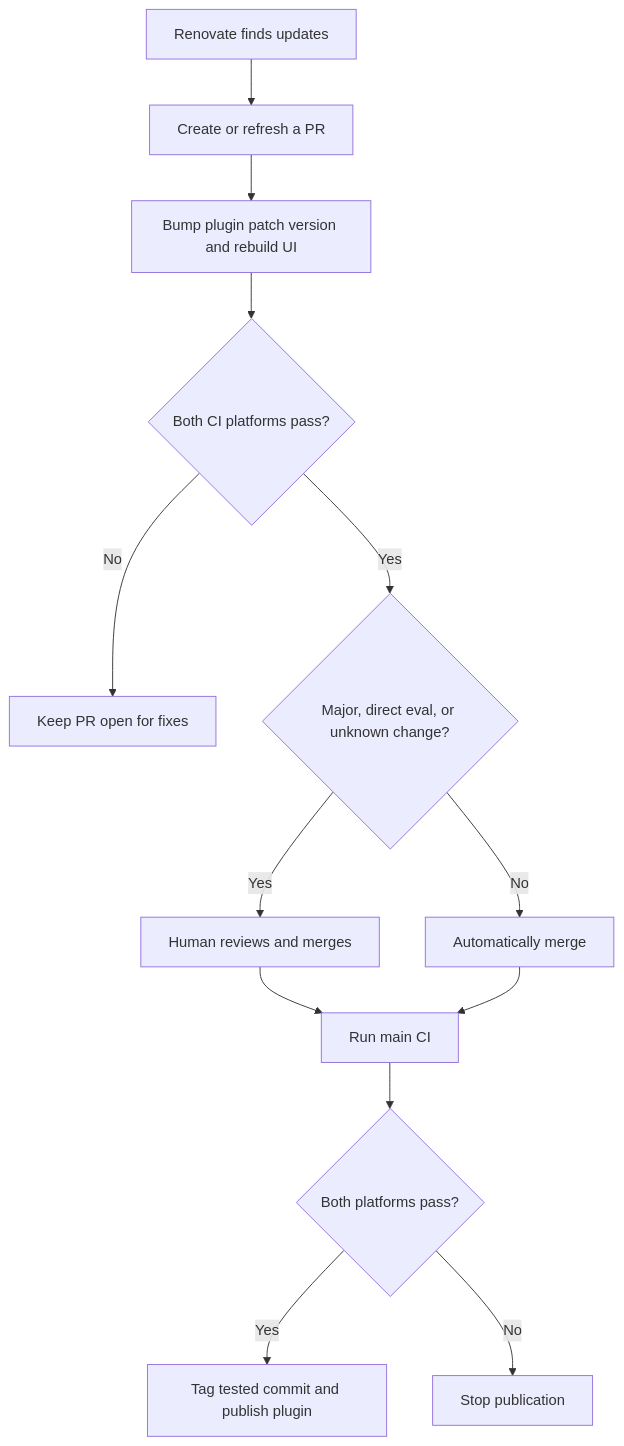
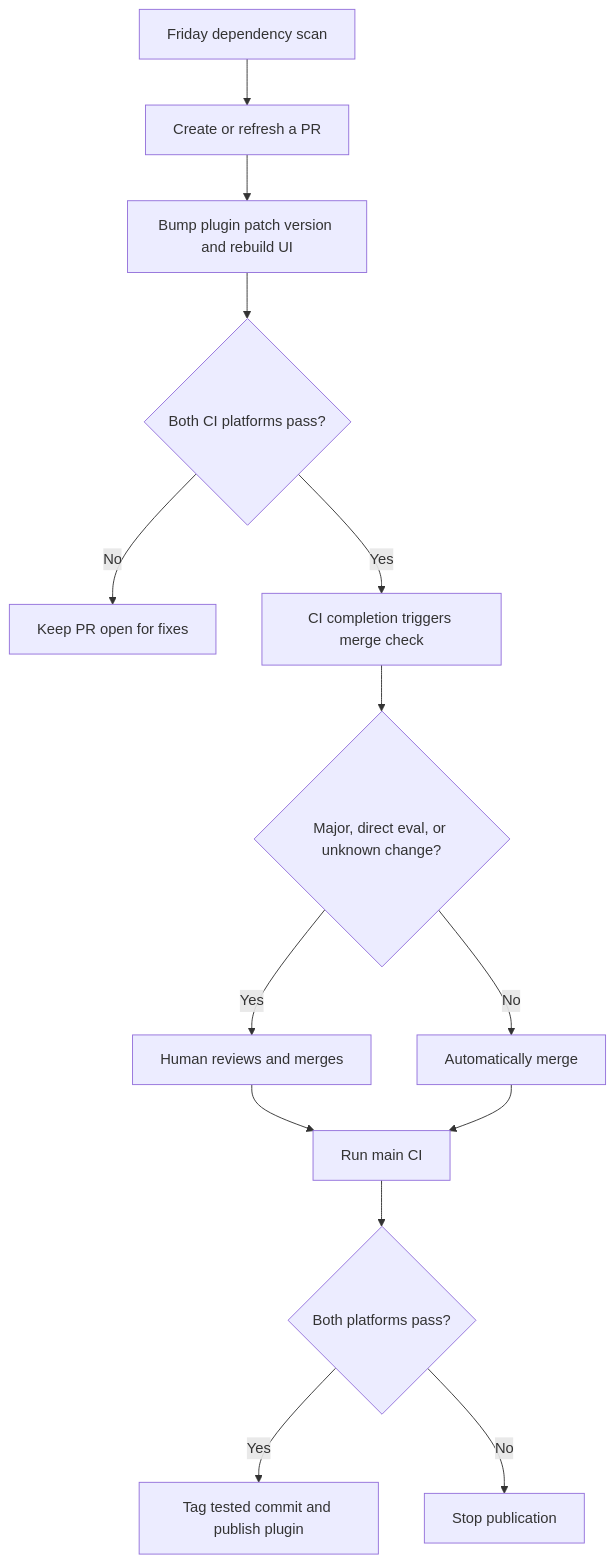
Before and after one commit to SamArgt/auto-bean: the diagram in docs/renovate.md, drawn with Mermaid. The commit also changed other lines of this file and 1 other file, not shown here.

Commit message:
Check Renovate merges after successful PR CI

````diff
--- a/docs/renovate.md
+++ b/docs/renovate.md
@@ -8,15 +11,16 @@
 ```mermaid
 flowchart TD
-    A[Renovate finds updates] --> B[Create or refresh a PR]
+    A[Friday dependency scan] --> B[Create or refresh a PR]
     B --> C[Bump plugin patch version and rebuild UI]
     C --> D{Both CI platforms pass?}
     D -- No --> E[Keep PR open for fixes]
-    D -- Yes --> F{Major, direct eval, or unknown change?}
+    D -- Yes --> M[CI completion triggers merge check]
+    M --> F{Major, direct eval, or unknown change?}
     F -- Yes --> G[Human reviews and merges]
     F -- No --> H[Automatically merge]
     G --> I[Run main CI]
     H --> I
     I --> J{Both platforms pass?}
     J -- Yes --> K[Tag tested commit and publish plugin]
     J -- No --> L[Stop publication]
 ```
````
